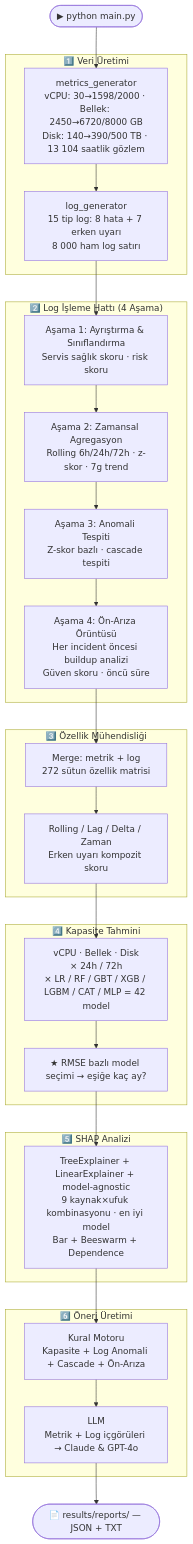
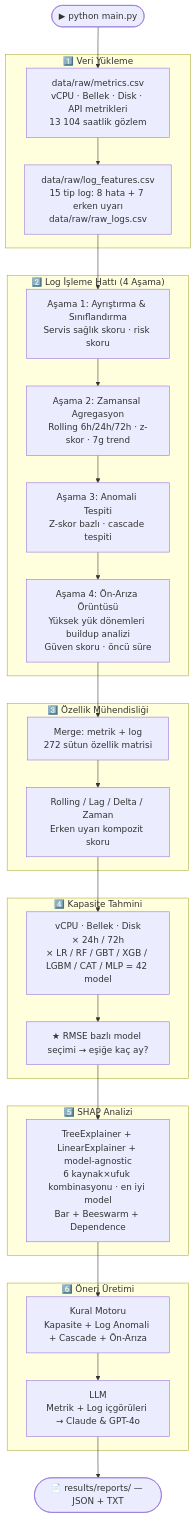
One commit to ysfkyya/cloudmon changed the diagram in README.md. Above: the diagram before and after it, drawn with Mermaid. The commit also changed other lines of this file and 16 other files, not shown here.

````diff
--- a/README.md
+++ b/README.md
@@ -140,51 +140,51 @@
 ```mermaid
 flowchart TD
     A([▶ python main.py]) --> B
 
-    subgraph ADIM1 ["1️⃣  Veri Üretimi"]
-        B[metrics_generator\nvCPU: 30→1598/2000 · Bellek: 2450→6720/8000 GB\nDisk: 140→390/500 TB · 13 104 saatlik gözlem]
-        C[log_generator\n15 tip log: 8 hata + 7 erken uyarı\n8 000 ham log satırı]
+    subgraph ADIM1 ["1️⃣  Veri Yükleme"]
+        B[data/raw/metrics.csv\nvCPU · Bellek · Disk · API metrikleri\n13 104 saatlik gözlem]
+        C[data/raw/log_features.csv\n15 tip log: 8 hata + 7 erken uyarı\ndata/raw/raw_logs.csv]
         B --> C
     end
 
     C --> D
 
     subgraph ADIM2 ["2️⃣  Log İşleme Hattı (4 Aşama)"]
         D[Aşama 1: Ayrıştırma & Sınıflandırma\nServis sağlık skoru · risk skoru]
         E[Aşama 2: Zamansal Agregasyon\nRolling 6h/24h/72h · z-skor · 7g trend]
         F[Aşama 3: Anomali Tespiti\nZ-skor bazlı · cascade tespiti]
-        G[Aşama 4: Ön-Arıza Örüntüsü\nHer incident öncesi buildup analizi\nGüven skoru · öncü süre]
+        G[Aşama 4: Ön-Arıza Örüntüsü\nYüksek yük dönemleri buildup analizi\nGüven skoru · öncü süre]
         D --> E --> F --> G
     end
 
     G --> H
 
     subgraph ADIM3 ["3️⃣  Özellik Mühendisliği"]
         H[Merge: metrik + log\n272 sütun özellik matrisi]
         I[Rolling / Lag / Delta / Zaman\nErken uyarı kompozit skoru]
         H --> I
     end
 
     I --> J
 
     subgraph ADIM4 ["4️⃣  Kapasite Tahmini"]
         J[vCPU · Bellek · Disk\n× 24h / 72h\n× LR / RF / GBT / XGB / LGBM / CAT / MLP = 42 model]
         J --> J1[★ RMSE bazlı model seçimi → eşiğe kaç ay?]
     end
 
     J1 --> K
 
     subgraph ADIM5 ["5️⃣  SHAP Analizi"]
-        K[TreeExplainer + LinearExplainer + model-agnostic\n9 kaynak×ufuk kombinasyonu · en iyi model\nBar + Beeswarm + Dependence]
+        K[TreeExplainer + LinearExplainer + model-agnostic\n6 kaynak×ufuk kombinasyonu · en iyi model\nBar + Beeswarm + Dependence]
     end
 
     K --> L
 
     subgraph ADIM6 ["6️⃣  Öneri Üretimi"]
         L[Kural Motoru\nKapasite + Log Anomali + Cascade + Ön-Arıza]
         M[LLM\nMetrik + Log içgörüleri → Claude & GPT-4o]
         L --> M
     end
 
     M --> N([📄 results/reports/ — JSON + TXT])
 ```
````
